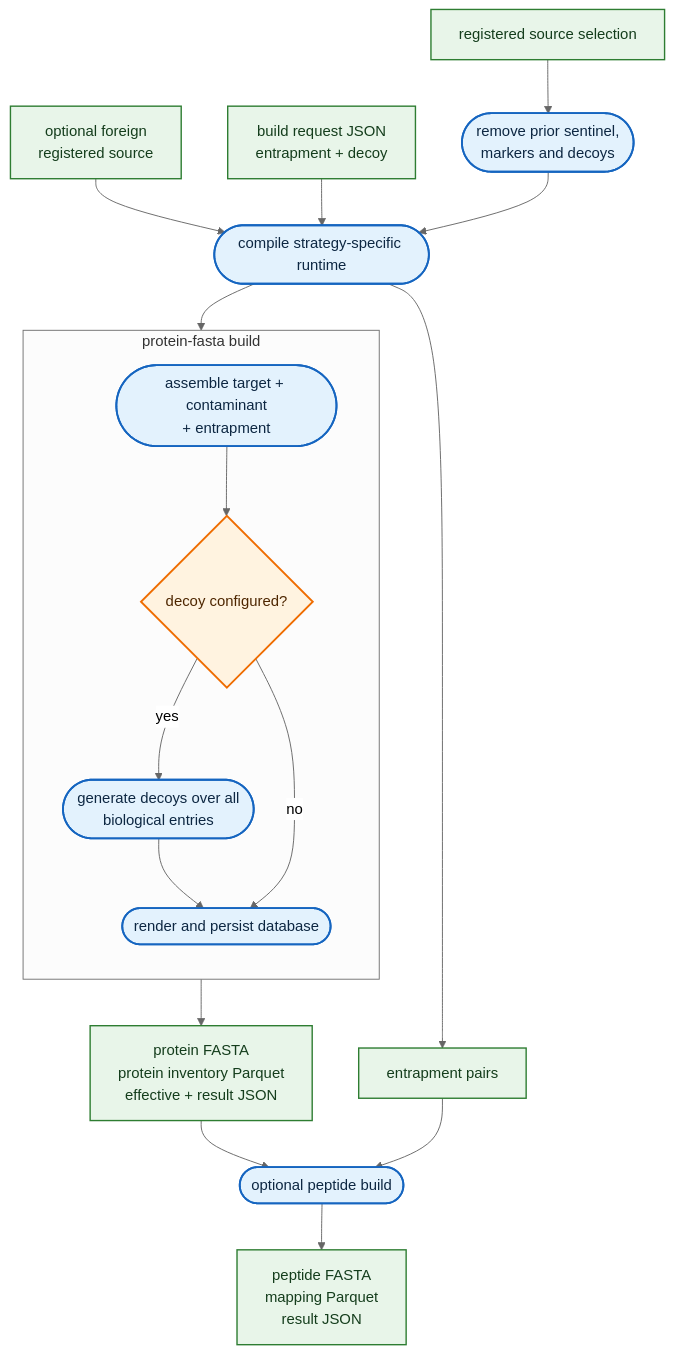
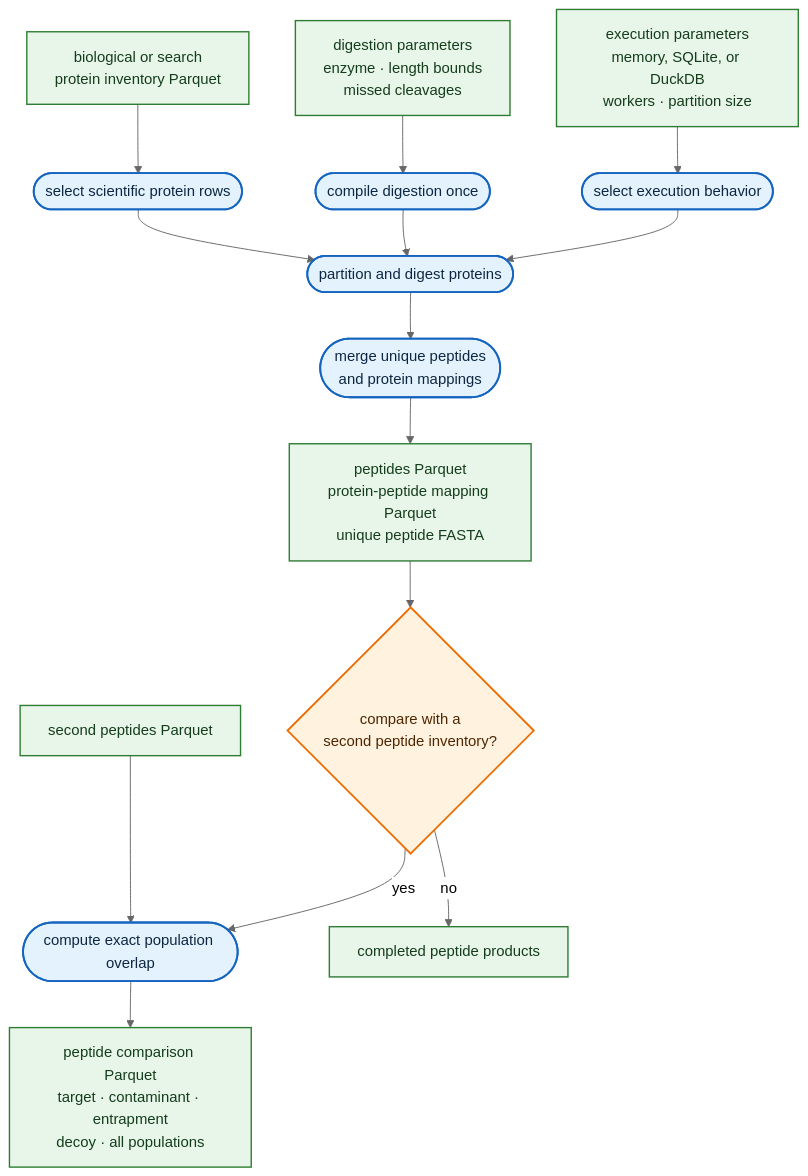
One commit to anndata-omics-bridge/protein-fasta changed the fourth of 8 diagrams in docs/workflows.md. Above: the diagram before and after it, drawn with Mermaid (neutral theme). The commit also changed other lines of this file and 112 other files, not shown here.

Commit message:
feat: add staged protein and peptide workflows

````diff
--- a/docs/workflows.md
+++ b/docs/workflows.md
@@ -52,31 +115,23 @@
 ```mermaid
 flowchart TB
-    A["registered source selection"] --> B(["remove prior sentinel,<br/>markers and decoys"])
-    F["optional foreign<br/>registered source"] --> C(["compile strategy-specific runtime"])
-    E["build request JSON<br/>entrapment + decoy"] --> C
-    B --> C
-    subgraph BUILD["protein-fasta build"]
-        direction TB
-        D(["assemble target + contaminant<br/>+ entrapment"])
-        N{"decoy configured?"}
-        G(["generate decoys over all<br/>biological entries"])
-        W(["render and persist database"])
-        D --> N
-        N -->|yes| G
-        G --> W
-        N -->|no| W
-    end
-    C --> D
-    W --> H["protein FASTA<br/>protein inventory Parquet<br/>effective + result JSON"]
-    C --> I["entrapment pairs"]
-    H --> J(["optional peptide build"])
-    I --> J
-    J --> K["peptide FASTA<br/>mapping Parquet<br/>result JSON"]
+    A["biological or search<br/>protein inventory Parquet"] --> B(["select scientific protein rows"])
+    P["digestion parameters<br/>enzyme · length bounds<br/>missed cleavages"] --> C(["compile digestion once"])
+    E["execution parameters<br/>memory, SQLite, or DuckDB<br/>workers · partition size"] --> D(["select execution behavior"])
+    B --> F(["partition and digest proteins"])
+    C --> F
+    D --> F
+    F --> G(["merge unique peptides<br/>and protein mappings"])
+    G --> H["peptides Parquet<br/>protein-peptide mapping Parquet<br/>unique peptide FASTA"]
+    H --> I{"compare with a<br/>second peptide inventory?"}
+    J["second peptides Parquet"] --> K(["compute exact population overlap"])
+    I -->|yes| K
+    K --> L["peptide comparison Parquet<br/>target · contaminant · entrapment<br/>decoy · all populations"]
+    I -->|no| M["completed peptide products"]
 
     classDef compute fill:#e3f2fd,stroke:#1565c0,stroke-width:2px,color:#0d2742
     classDef data fill:#e8f5e9,stroke:#2e7d32,stroke-width:1.5px,color:#143d1c
     classDef decision fill:#fff3e0,stroke:#ef6c00,stroke-width:2px,color:#4e2600
-    class B,C,D,G,W,J compute
-    class A,E,F,H,I,K data
-    class N decision
+    class B,C,D,F,G,K compute
+    class A,E,H,J,L,M,P data
+    class I decision
 ```
````
